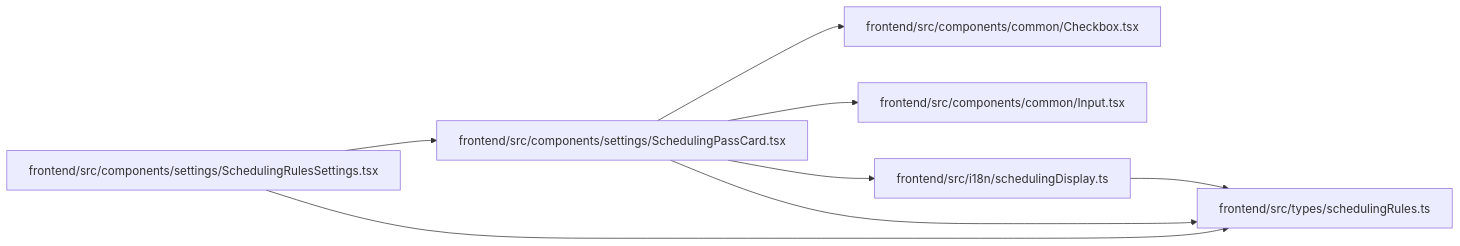
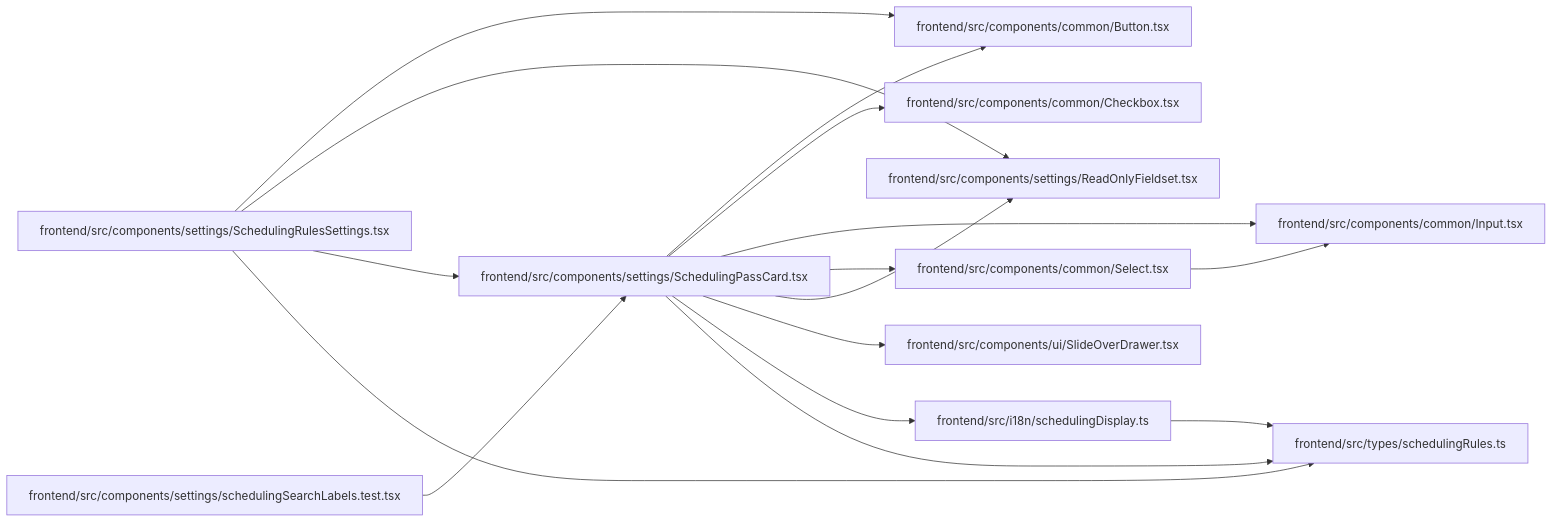
The diagram in docs/llm_wiki/modules/SchedulingPassCard.md (Denissvgn/WorkChord), drawn with Mermaid before and after one commit. The commit also changed other lines of this file and 2373 other files, not shown here.

````diff
--- a/docs/llm_wiki/modules/SchedulingPassCard.md
+++ b/docs/llm_wiki/modules/SchedulingPassCard.md
@@ -35,22 +39,40 @@
 ```mermaid
 flowchart LR
-    n0["frontend/src/components/common/Checkbox.tsx"]
-    n1["frontend/src/components/common/Input.tsx"]
-    n2["frontend/src/components/settings/SchedulingPassCard.tsx"]
-    n3["frontend/src/components/settings/SchedulingRulesSettings.tsx"]
-    n4["frontend/src/i18n/schedulingDisplay.ts"]
-    n5["frontend/src/types/schedulingRules.ts"]
-    n2 --> n0
-    n2 --> n1
-    n2 --> n4
-    n2 --> n5
+    n0["frontend/src/components/common/Button.tsx"]
+    n1["frontend/src/components/common/Checkbox.tsx"]
+    n2["frontend/src/components/common/Input.tsx"]
+    n3["frontend/src/components/common/Select.tsx"]
+    n4["frontend/src/components/settings/ReadOnlyFieldset.tsx"]
+    n5["frontend/src/components/settings/SchedulingPassCard.tsx"]
+    n6["frontend/src/components/settings/SchedulingRulesSettings.tsx"]
+    n7["frontend/src/components/settings/schedulingSearchLabels.test.tsx"]
+    n8["frontend/src/components/ui/SlideOverDrawer.tsx"]
+    n9["frontend/src/i18n/schedulingDisplay.ts"]
+    n10["frontend/src/types/schedulingRules.ts"]
     n3 --> n2
-    n3 --> n5
-    n4 --> n5
-    click n0 "../modules/Checkbox.md"
-    click n1 "../modules/Input.md"
-    click n2 "../modules/SchedulingPassCard.md"
-    click n3 "../modules/SchedulingRulesSettings.md"
-    click n4 "../modules/schedulingDisplay.md"
-    click n5 "../modules/schedulingRules.md"
+    n5 --> n0
+    n5 --> n1
+    n5 --> n2
+    n5 --> n3
+    n5 --> n4
+    n5 --> n8
+    n5 --> n9
+    n5 --> n10
+    n6 --> n0
+    n6 --> n4
+    n6 --> n5
+    n6 --> n10
+    n7 --> n5
+    n9 --> n10
+    click n0 "../modules/Button.md"
+    click n1 "../modules/Checkbox.md"
+    click n2 "../modules/Input.md"
+    click n3 "../modules/Select.md"
+    click n4 "../modules/ReadOnlyFieldset.md"
+    click n5 "../modules/SchedulingPassCard.md"
+    click n6 "../modules/SchedulingRulesSettings.md"
+    click n7 "../modules/schedulingSearchLabels.test.md"
+    click n8 "../modules/SlideOverDrawer.md"
+    click n9 "../modules/schedulingDisplay.md"
+    click n10 "../modules/schedulingRules.md"
 ```
````
